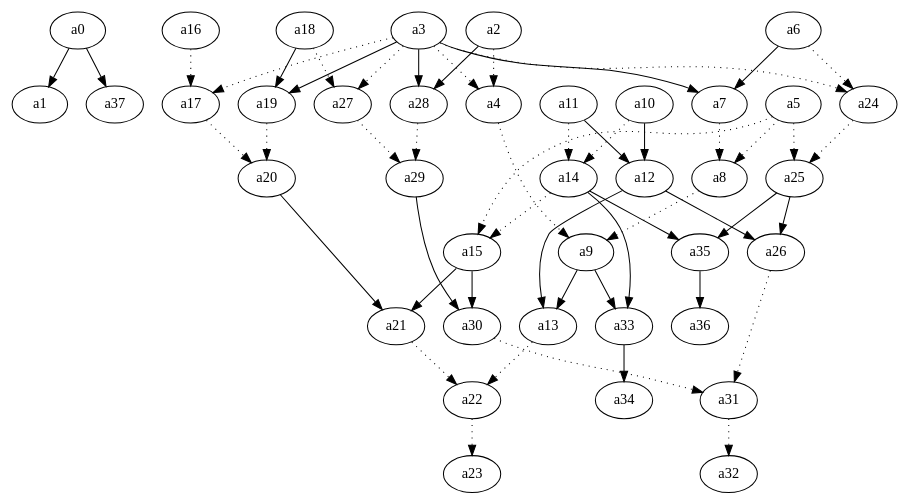
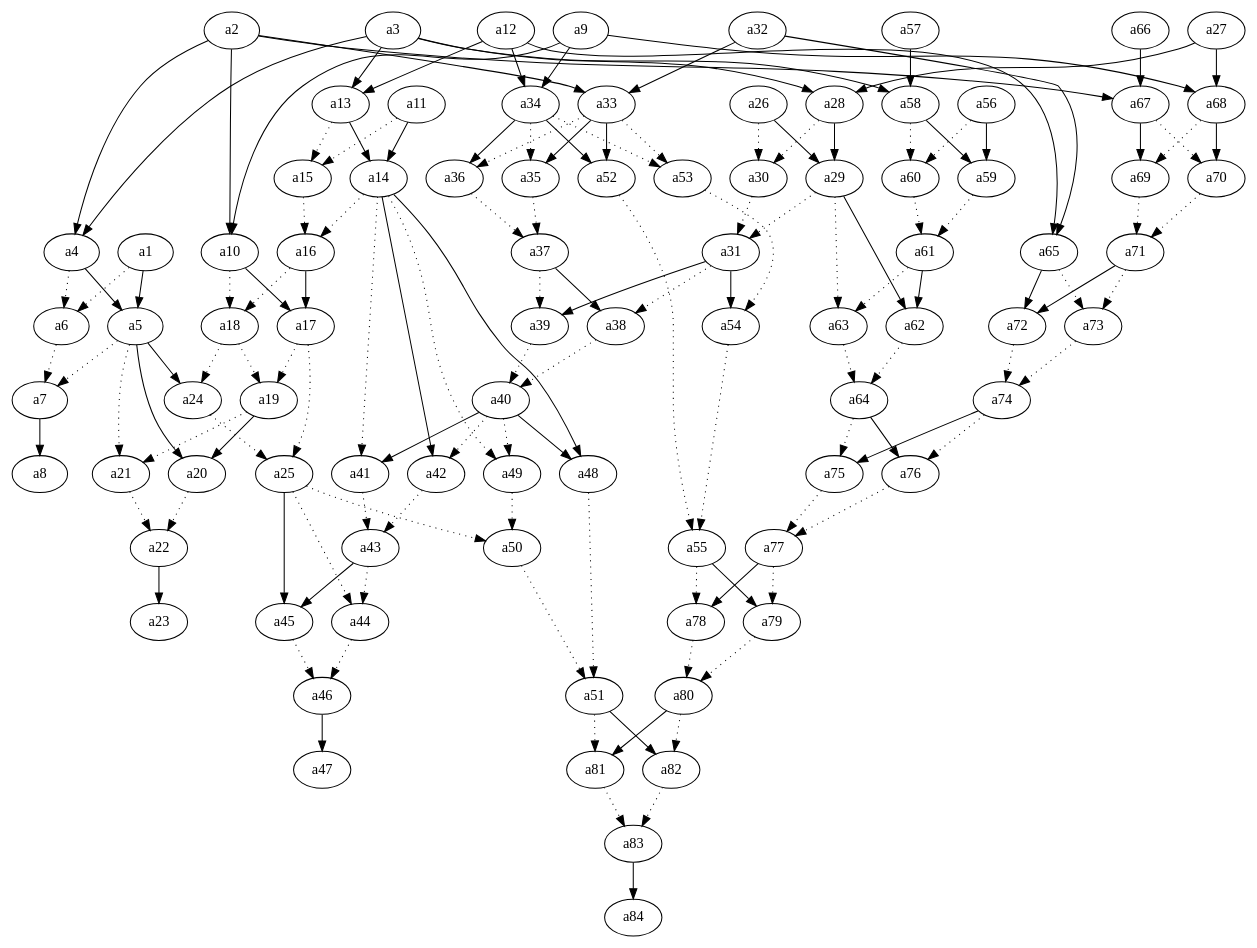
Before and after one commit to gordon0813/LSV-PA: the diagram in src/ext-cad/test.dot, drawn with Graphviz. The commit also changed 8 other files, not shown here.

```diff
--- a/src/ext-cad/test.dot
+++ b/src/ext-cad/test.dot
@@ -1,54 +1,142 @@
 digraph G1 {
- a0 ->  a1[ label="" ,color= "black"];
- a2 ->  a4[ label=""  ,style=dotted,color= "black"];
- a3 ->  a4[ label=""  ,style=dotted,color= "black"];
- a3 ->  a7[ label="" ,color= "black"];
- a6 ->  a7[ label="" ,color= "black"];
- a5 ->  a8[ label=""  ,style=dotted,color= "black"];
- a7 ->  a8[ label=""  ,style=dotted,color= "black"];
- a4 ->  a9[ label=""  ,style=dotted,color= "black"];
- a8 ->  a9[ label=""  ,style=dotted,color= "black"];
- a10 ->  a12[ label="" ,color= "black"];
- a11 ->  a12[ label="" ,color= "black"];
- a9 ->  a13[ label="" ,color= "black"];
+ a2 ->  a4[ label="" ,color= "black"];
+ a3 ->  a4[ label="" ,color= "black"];
+ a1 ->  a5[ label="" ,color= "black"];
+ a4 ->  a5[ label="" ,color= "black"];
+ a1 ->  a6[ label=""  ,style=dotted,color= "black"];
+ a4 ->  a6[ label=""  ,style=dotted,color= "black"];
+ a5 ->  a7[ label=""  ,style=dotted,color= "black"];
+ a6 ->  a7[ label=""  ,style=dotted,color= "black"];
+ a7 ->  a8[ label="" ,color= "black"];
+ a2 ->  a10[ label="" ,color= "black"];
+ a9 ->  a10[ label="" ,color= "black"];
+ a3 ->  a13[ label="" ,color= "black"];
  a12 ->  a13[ label="" ,color= "black"];
- a10 ->  a14[ label=""  ,style=dotted,color= "black"];
- a11 ->  a14[ label=""  ,style=dotted,color= "black"];
- a5 ->  a15[ label=""  ,style=dotted,color= "black"];
- a14 ->  a15[ label=""  ,style=dotted,color= "black"];
- a3 ->  a17[ label=""  ,style=dotted,color= "black"];
- a16 ->  a17[ label=""  ,style=dotted,color= "black"];
- a3 ->  a19[ label="" ,color= "black"];
- a18 ->  a19[ label="" ,color= "black"];
- a17 ->  a20[ label=""  ,style=dotted,color= "black"];
- a19 ->  a20[ label=""  ,style=dotted,color= "black"];
- a15 ->  a21[ label="" ,color= "black"];
- a20 ->  a21[ label="" ,color= "black"];
- a13 ->  a22[ label=""  ,style=dotted,color= "black"];
+ a11 ->  a14[ label="" ,color= "black"];
+ a13 ->  a14[ label="" ,color= "black"];
+ a11 ->  a15[ label=""  ,style=dotted,color= "black"];
+ a13 ->  a15[ label=""  ,style=dotted,color= "black"];
+ a14 ->  a16[ label=""  ,style=dotted,color= "black"];
+ a15 ->  a16[ label=""  ,style=dotted,color= "black"];
+ a10 ->  a17[ label="" ,color= "black"];
+ a16 ->  a17[ label="" ,color= "black"];
+ a10 ->  a18[ label=""  ,style=dotted,color= "black"];
+ a16 ->  a18[ label=""  ,style=dotted,color= "black"];
+ a17 ->  a19[ label=""  ,style=dotted,color= "black"];
+ a18 ->  a19[ label=""  ,style=dotted,color= "black"];
+ a5 ->  a20[ label="" ,color= "black"];
+ a19 ->  a20[ label="" ,color= "black"];
+ a5 ->  a21[ label=""  ,style=dotted,color= "black"];
+ a19 ->  a21[ label=""  ,style=dotted,color= "black"];
+ a20 ->  a22[ label=""  ,style=dotted,color= "black"];
  a21 ->  a22[ label=""  ,style=dotted,color= "black"];
- a22 ->  a23[ label=""  ,style=dotted,color= "black"];
- a3 ->  a24[ label=""  ,style=dotted,color= "black"];
- a6 ->  a24[ label=""  ,style=dotted,color= "black"];
- a5 ->  a25[ label=""  ,style=dotted,color= "black"];
+ a22 ->  a23[ label="" ,color= "black"];
+ a5 ->  a24[ label="" ,color= "black"];
+ a18 ->  a24[ label=""  ,style=dotted,color= "black"];
+ a17 ->  a25[ label=""  ,style=dotted,color= "black"];
  a24 ->  a25[ label=""  ,style=dotted,color= "black"];
- a12 ->  a26[ label="" ,color= "black"];
- a25 ->  a26[ label="" ,color= "black"];
- a3 ->  a27[ label=""  ,style=dotted,color= "black"];
- a18 ->  a27[ label=""  ,style=dotted,color= "black"];
- a2 ->  a28[ label="" ,color= "black"];
  a3 ->  a28[ label="" ,color= "black"];
- a27 ->  a29[ label=""  ,style=dotted,color= "black"];
- a28 ->  a29[ label=""  ,style=dotted,color= "black"];
- a15 ->  a30[ label="" ,color= "black"];
- a29 ->  a30[ label="" ,color= "black"];
- a26 ->  a31[ label=""  ,style=dotted,color= "black"];
+ a27 ->  a28[ label="" ,color= "black"];
+ a26 ->  a29[ label="" ,color= "black"];
+ a28 ->  a29[ label="" ,color= "black"];
+ a26 ->  a30[ label=""  ,style=dotted,color= "black"];
+ a28 ->  a30[ label=""  ,style=dotted,color= "black"];
+ a29 ->  a31[ label=""  ,style=dotted,color= "black"];
  a30 ->  a31[ label=""  ,style=dotted,color= "black"];
- a31 ->  a32[ label=""  ,style=dotted,color= "black"];
- a9 ->  a33[ label="" ,color= "black"];
- a14 ->  a33[ label="" ,color= "black"];
- a33 ->  a34[ label="" ,color= "black"];
- a14 ->  a35[ label="" ,color= "black"];
- a25 ->  a35[ label="" ,color= "black"];
- a35 ->  a36[ label="" ,color= "black"];
- a0 ->  a37[ label="" ,color= "black"];
+ a2 ->  a33[ label="" ,color= "black"];
+ a32 ->  a33[ label="" ,color= "black"];
+ a9 ->  a34[ label="" ,color= "black"];
+ a12 ->  a34[ label="" ,color= "black"];
+ a33 ->  a35[ label="" ,color= "black"];
+ a34 ->  a35[ label=""  ,style=dotted,color= "black"];
+ a33 ->  a36[ label=""  ,style=dotted,color= "black"];
+ a34 ->  a36[ label="" ,color= "black"];
+ a35 ->  a37[ label=""  ,style=dotted,color= "black"];
+ a36 ->  a37[ label=""  ,style=dotted,color= "black"];
+ a31 ->  a38[ label=""  ,style=dotted,color= "black"];
+ a37 ->  a38[ label="" ,color= "black"];
+ a31 ->  a39[ label="" ,color= "black"];
+ a37 ->  a39[ label=""  ,style=dotted,color= "black"];
+ a38 ->  a40[ label=""  ,style=dotted,color= "black"];
+ a39 ->  a40[ label=""  ,style=dotted,color= "black"];
+ a14 ->  a41[ label=""  ,style=dotted,color= "black"];
+ a40 ->  a41[ label="" ,color= "black"];
+ a14 ->  a42[ label="" ,color= "black"];
+ a40 ->  a42[ label=""  ,style=dotted,color= "black"];
+ a41 ->  a43[ label=""  ,style=dotted,color= "black"];
+ a42 ->  a43[ label=""  ,style=dotted,color= "black"];
+ a25 ->  a44[ label=""  ,style=dotted,color= "black"];
+ a43 ->  a44[ label=""  ,style=dotted,color= "black"];
+ a25 ->  a45[ label="" ,color= "black"];
+ a43 ->  a45[ label="" ,color= "black"];
+ a44 ->  a46[ label=""  ,style=dotted,color= "black"];
+ a45 ->  a46[ label=""  ,style=dotted,color= "black"];
+ a46 ->  a47[ label="" ,color= "black"];
+ a14 ->  a48[ label="" ,color= "black"];
+ a40 ->  a48[ label="" ,color= "black"];
+ a14 ->  a49[ label=""  ,style=dotted,color= "black"];
+ a40 ->  a49[ label=""  ,style=dotted,color= "black"];
+ a25 ->  a50[ label=""  ,style=dotted,color= "black"];
+ a49 ->  a50[ label=""  ,style=dotted,color= "black"];
+ a48 ->  a51[ label=""  ,style=dotted,color= "black"];
+ a50 ->  a51[ label=""  ,style=dotted,color= "black"];
+ a33 ->  a52[ label="" ,color= "black"];
+ a34 ->  a52[ label="" ,color= "black"];
+ a33 ->  a53[ label=""  ,style=dotted,color= "black"];
+ a34 ->  a53[ label=""  ,style=dotted,color= "black"];
+ a31 ->  a54[ label="" ,color= "black"];
+ a53 ->  a54[ label=""  ,style=dotted,color= "black"];
+ a52 ->  a55[ label=""  ,style=dotted,color= "black"];
+ a54 ->  a55[ label=""  ,style=dotted,color= "black"];
+ a3 ->  a58[ label="" ,color= "black"];
+ a57 ->  a58[ label="" ,color= "black"];
+ a56 ->  a59[ label="" ,color= "black"];
+ a58 ->  a59[ label="" ,color= "black"];
+ a56 ->  a60[ label=""  ,style=dotted,color= "black"];
+ a58 ->  a60[ label=""  ,style=dotted,color= "black"];
+ a59 ->  a61[ label=""  ,style=dotted,color= "black"];
+ a60 ->  a61[ label=""  ,style=dotted,color= "black"];
+ a29 ->  a62[ label="" ,color= "black"];
+ a61 ->  a62[ label="" ,color= "black"];
+ a29 ->  a63[ label=""  ,style=dotted,color= "black"];
+ a61 ->  a63[ label=""  ,style=dotted,color= "black"];
+ a62 ->  a64[ label=""  ,style=dotted,color= "black"];
+ a63 ->  a64[ label=""  ,style=dotted,color= "black"];
+ a12 ->  a65[ label="" ,color= "black"];
+ a32 ->  a65[ label="" ,color= "black"];
+ a2 ->  a67[ label="" ,color= "black"];
+ a66 ->  a67[ label="" ,color= "black"];
+ a9 ->  a68[ label="" ,color= "black"];
+ a27 ->  a68[ label="" ,color= "black"];
+ a67 ->  a69[ label="" ,color= "black"];
+ a68 ->  a69[ label=""  ,style=dotted,color= "black"];
+ a67 ->  a70[ label=""  ,style=dotted,color= "black"];
+ a68 ->  a70[ label="" ,color= "black"];
+ a69 ->  a71[ label=""  ,style=dotted,color= "black"];
+ a70 ->  a71[ label=""  ,style=dotted,color= "black"];
+ a65 ->  a72[ label="" ,color= "black"];
+ a71 ->  a72[ label="" ,color= "black"];
+ a65 ->  a73[ label=""  ,style=dotted,color= "black"];
+ a71 ->  a73[ label=""  ,style=dotted,color= "black"];
+ a72 ->  a74[ label=""  ,style=dotted,color= "black"];
+ a73 ->  a74[ label=""  ,style=dotted,color= "black"];
+ a64 ->  a75[ label=""  ,style=dotted,color= "black"];
+ a74 ->  a75[ label="" ,color= "black"];
+ a64 ->  a76[ label="" ,color= "black"];
+ a74 ->  a76[ label=""  ,style=dotted,color= "black"];
+ a75 ->  a77[ label=""  ,style=dotted,color= "black"];
+ a76 ->  a77[ label=""  ,style=dotted,color= "black"];
+ a55 ->  a78[ label=""  ,style=dotted,color= "black"];
+ a77 ->  a78[ label="" ,color= "black"];
+ a55 ->  a79[ label="" ,color= "black"];
+ a77 ->  a79[ label=""  ,style=dotted,color= "black"];
+ a78 ->  a80[ label=""  ,style=dotted,color= "black"];
+ a79 ->  a80[ label=""  ,style=dotted,color= "black"];
+ a51 ->  a81[ label=""  ,style=dotted,color= "black"];
+ a80 ->  a81[ label="" ,color= "black"];
+ a51 ->  a82[ label="" ,color= "black"];
+ a80 ->  a82[ label=""  ,style=dotted,color= "black"];
+ a81 ->  a83[ label=""  ,style=dotted,color= "black"];
+ a82 ->  a83[ label=""  ,style=dotted,color= "black"];
+ a83 ->  a84[ label="" ,color= "black"];
 }
```
